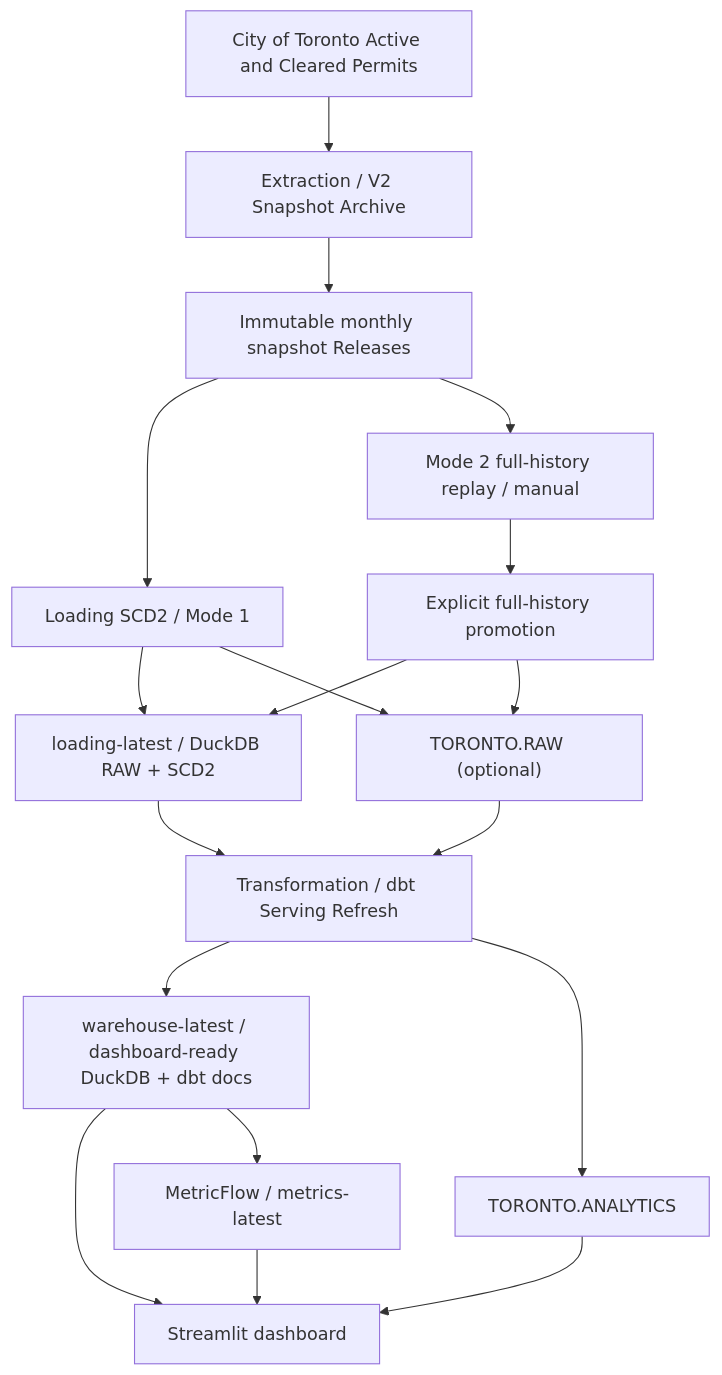
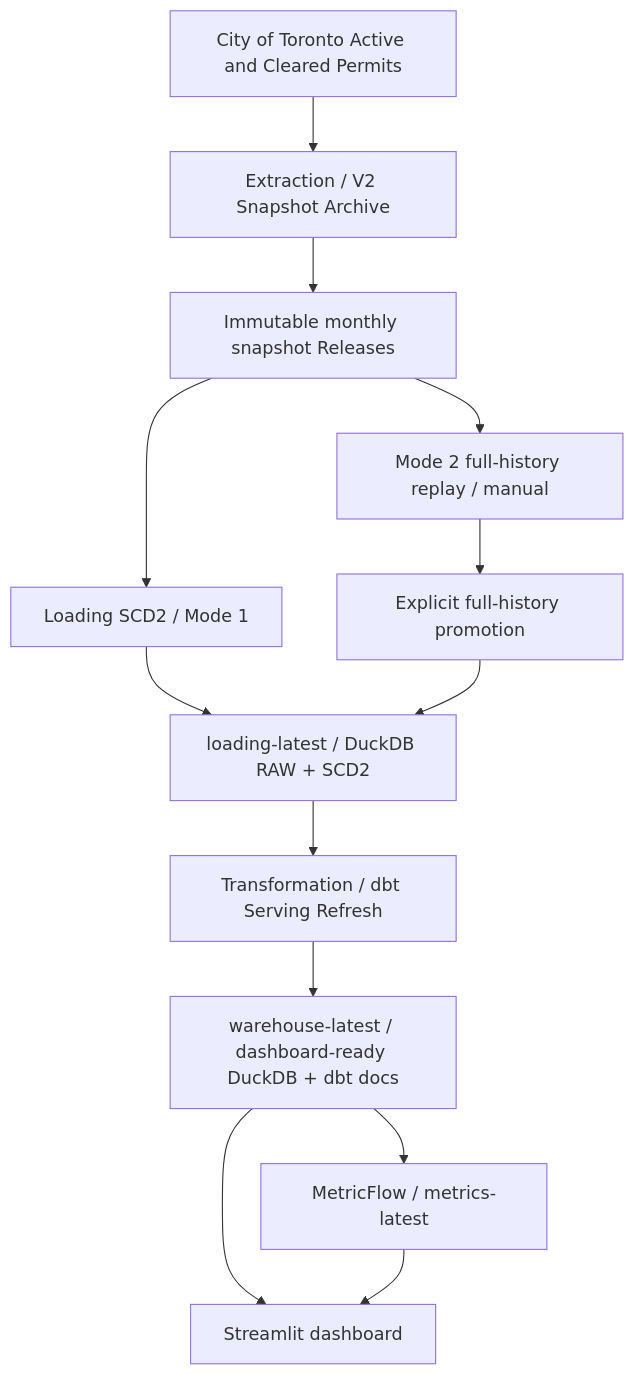
One commit to gagadanalyst/toronto-housing-bottleneck-analytics changed the first of 2 diagrams in README.md. Above: the diagram before and after it, drawn with Mermaid. The commit also changed other lines of this file and 13 other files, not shown here.

````diff
--- a/README.md
+++ b/README.md
@@ -45,23 +45,19 @@
 ```mermaid
 flowchart TB
     SRC["City of Toronto Active and Cleared Permits"]
     EXT["Extraction / V2 Snapshot Archive"]
     ARCH["Immutable monthly snapshot Releases"]
     LOAD["Loading SCD2 / Mode 1"]
     LBASE["loading-latest / DuckDB RAW + SCD2"]
     TRANS["Transformation / dbt Serving Refresh"]
     WH["warehouse-latest / dashboard-ready DuckDB + dbt docs"]
-    SFRAW["TORONTO.RAW (optional)"]
-    SFAN["TORONTO.ANALYTICS"]
     MF["MetricFlow / metrics-latest"]
     APP["Streamlit dashboard"]
     M2["Mode 2 full-history replay / manual"]
     PROM["Explicit full-history promotion"]
 
     SRC --> EXT --> ARCH --> LOAD
     LOAD --> LBASE --> TRANS --> WH --> APP
-    LOAD --> SFRAW --> TRANS --> SFAN --> APP
     WH --> MF --> APP
     ARCH --> M2 --> PROM --> LBASE
-    PROM --> SFRAW
 ```
````
